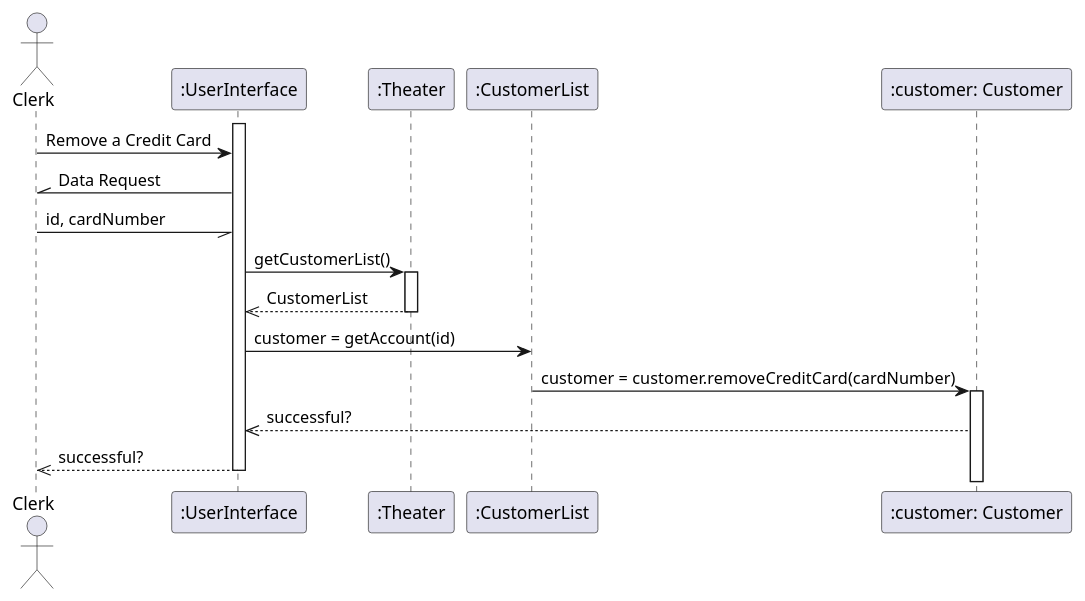
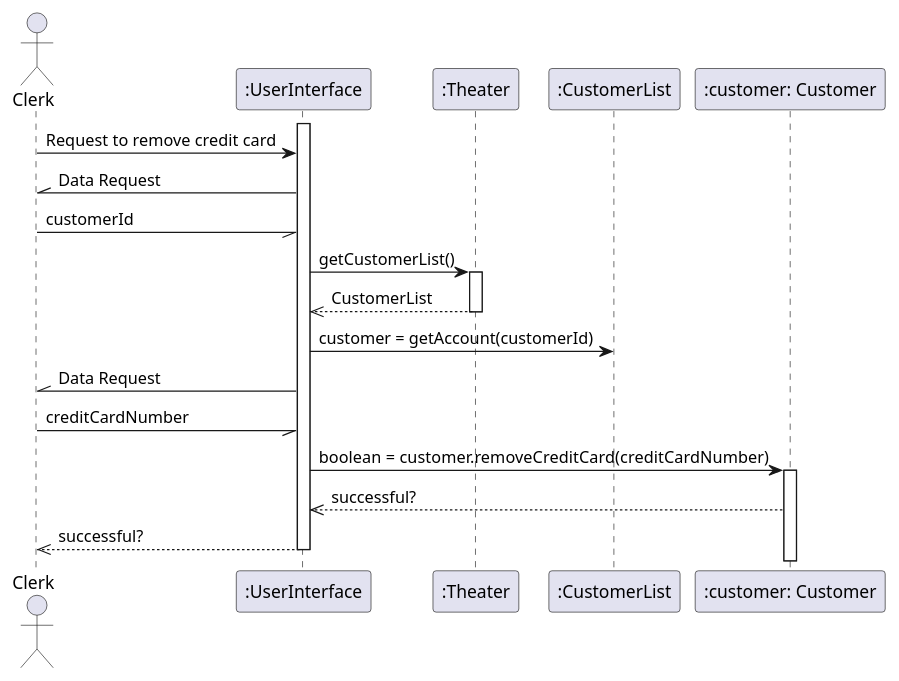
The diagram in src/SequenceDiagrams/RemoveCreditCard.pu (FreezeWarp/372Groupwork), drawn with PlantUML before and after one commit. The commit also changed 4 other files, not shown here.

First line of the commit message:
Update sequence diagrams

```diff
--- a/src/SequenceDiagrams/RemoveCreditCard.pu
+++ b/src/SequenceDiagrams/RemoveCreditCard.pu
@@ -1,20 +1,22 @@
 @startuml
 actor Clerk
 
 activate ":UserInterface"
-Clerk -> ":UserInterface" : Remove a Credit Card
+Clerk -> ":UserInterface" : Request to remove credit card
 Clerk //- ":UserInterface": Data Request
-Clerk -// ":UserInterface": id, cardNumber
+Clerk -// ":UserInterface": customerId
 
 ":UserInterface" -> ":Theater" : getCustomerList()
 activate ":Theater"
 ":Theater" -->> ":UserInterface": CustomerList
 deactivate ":Theater"
-":UserInterface" -> ":CustomerList": customer = getAccount(id)
-":CustomerList" -> ":customer: Customer" : customer = customer.removeCreditCard(cardNumber)
+":UserInterface" -> ":CustomerList": customer = getAccount(customerId)
+Clerk //- ":UserInterface": Data Request
+Clerk -// ":UserInterface": creditCardNumber
+":UserInterface" -> ":customer: Customer" : boolean = customer.removeCreditCard(creditCardNumber)
 activate ":customer: Customer"
 ":customer: Customer" -->> ":UserInterface" : successful?
 deactivate ":CustomerList"
 ":UserInterface" -->> Clerk : successful?
 deactivate ":UserInterface"
 @enduml
```
